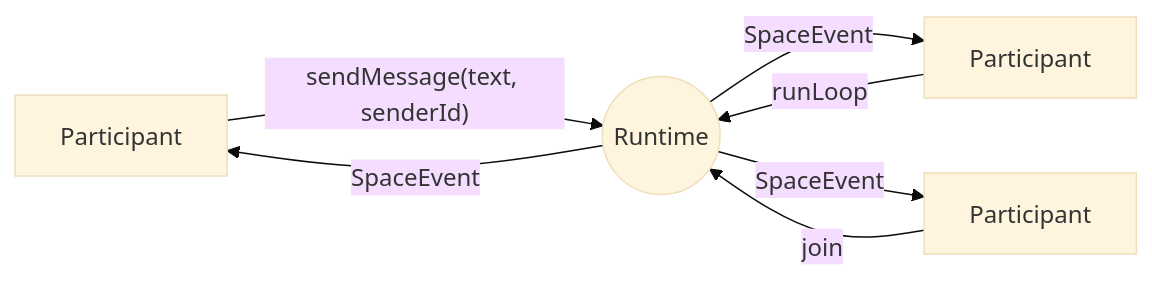
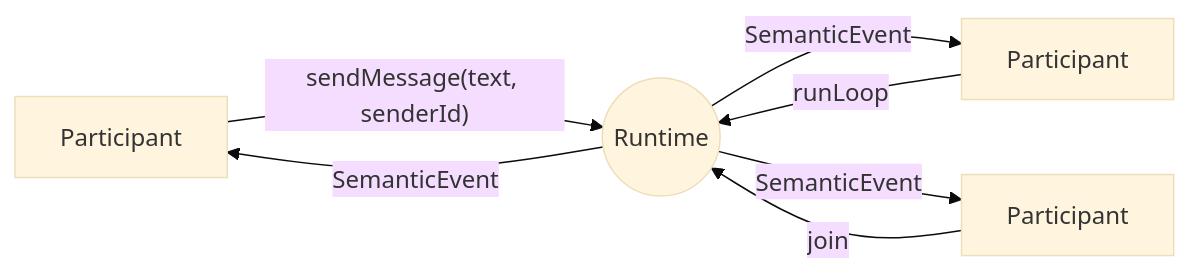
Before and after one commit to jigjoy-ai/mozaik: the second of 4 diagrams in README.md, drawn with Mermaid (base theme). The commit also changed other lines of this file and 8 other files, not shown here.

Commit message:
rename space event to semantic event

````diff
--- a/README.md
+++ b/README.md
@@ -247,9 +247,9 @@
 ```mermaid
 flowchart LR
     Human[Participant] -->|"sendMessage(text, senderId)"| Runtime(("Runtime"))
     Agent[Participant] -->|"runLoop"| Runtime
     Observer[Participant] -->|join| Runtime
-    Runtime -->|"SpaceEvent"| Human
-    Runtime -->|"SpaceEvent"| Agent
-    Runtime -->|"SpaceEvent"| Observer
+    Runtime -->|"SemanticEvent"| Human
+    Runtime -->|"SemanticEvent"| Agent
+    Runtime -->|"SemanticEvent"| Observer
 ```
````
